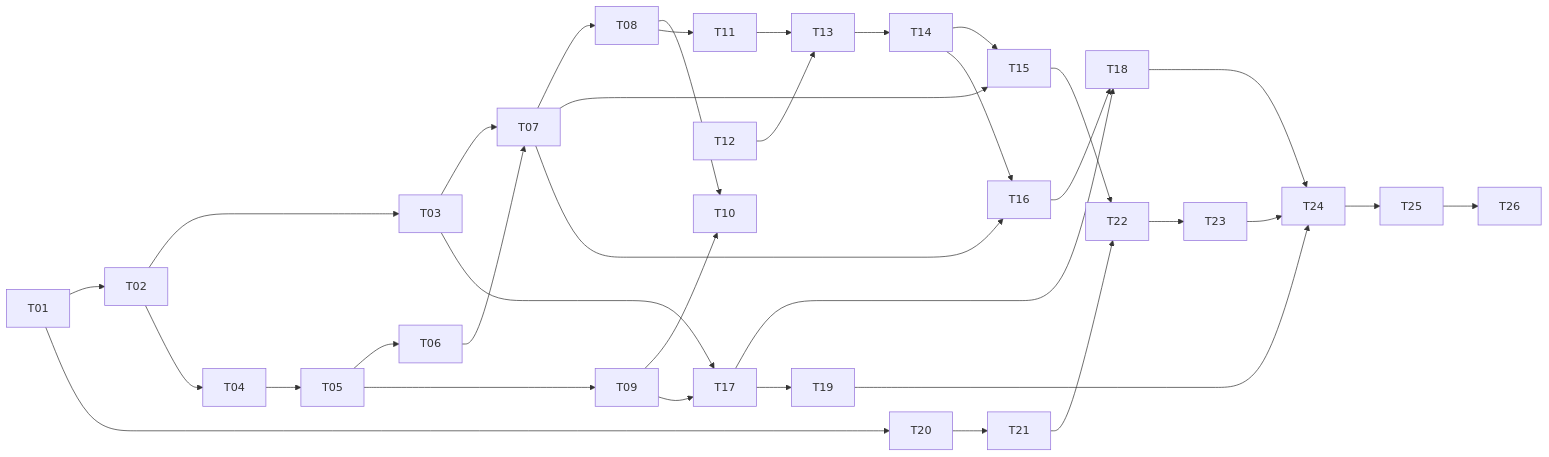
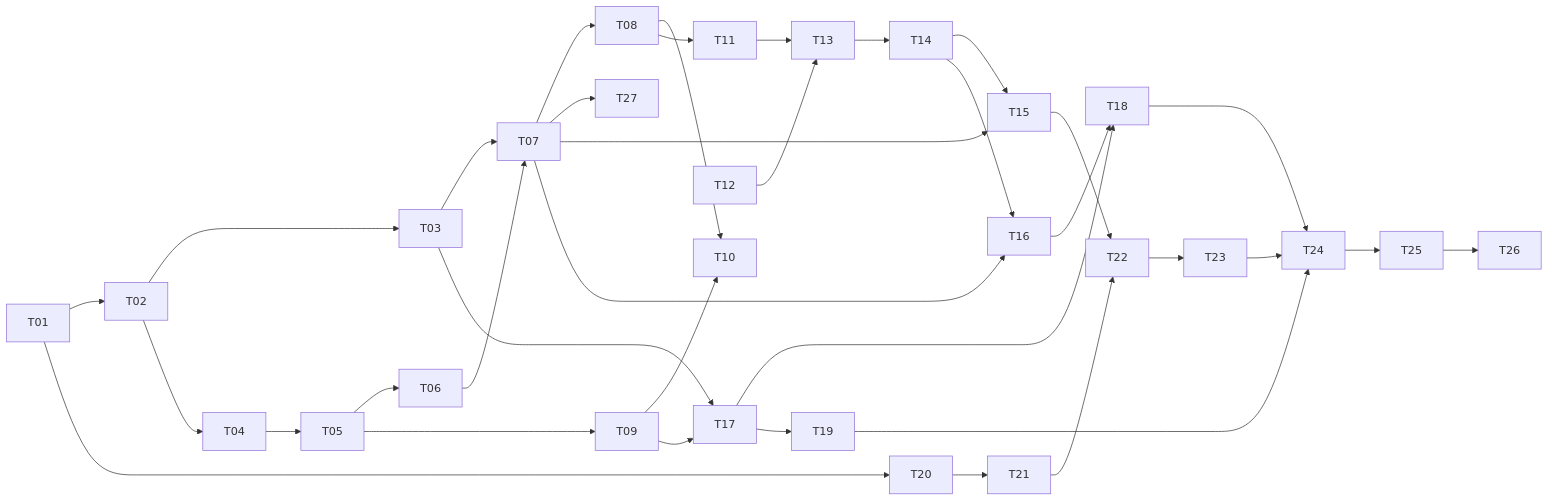
The diagram in task_lists.md (ta-dragon/gitpeek), drawn with Mermaid before and after one commit. The commit also changed other lines of this file and 2 other files, not shown here.

````diff
--- a/task_lists.md
+++ b/task_lists.md
@@ -94,27 +94,28 @@
 ```mermaid
 graph LR
   T01 --> T02
   T02 --> T03
   T02 --> T04
   T04 --> T05 --> T06 --> T07 --> T08
+  T07 --> T27
   T03 --> T07
   T05 --> T09 --> T10
   T08 --> T10
   T08 --> T11 --> T13 --> T14
   T12 --> T13
   T14 --> T15
   T14 --> T16
   T07 --> T15
   T07 --> T16
   T09 --> T17
   T03 --> T17
   T17 --> T18
   T16 --> T18
   T17 --> T19
   T01 --> T20 --> T21 --> T22 --> T23
   T15 --> T22
   T18 --> T24
   T19 --> T24
   T23 --> T24
   T24 --> T25 --> T26
 ```
````
